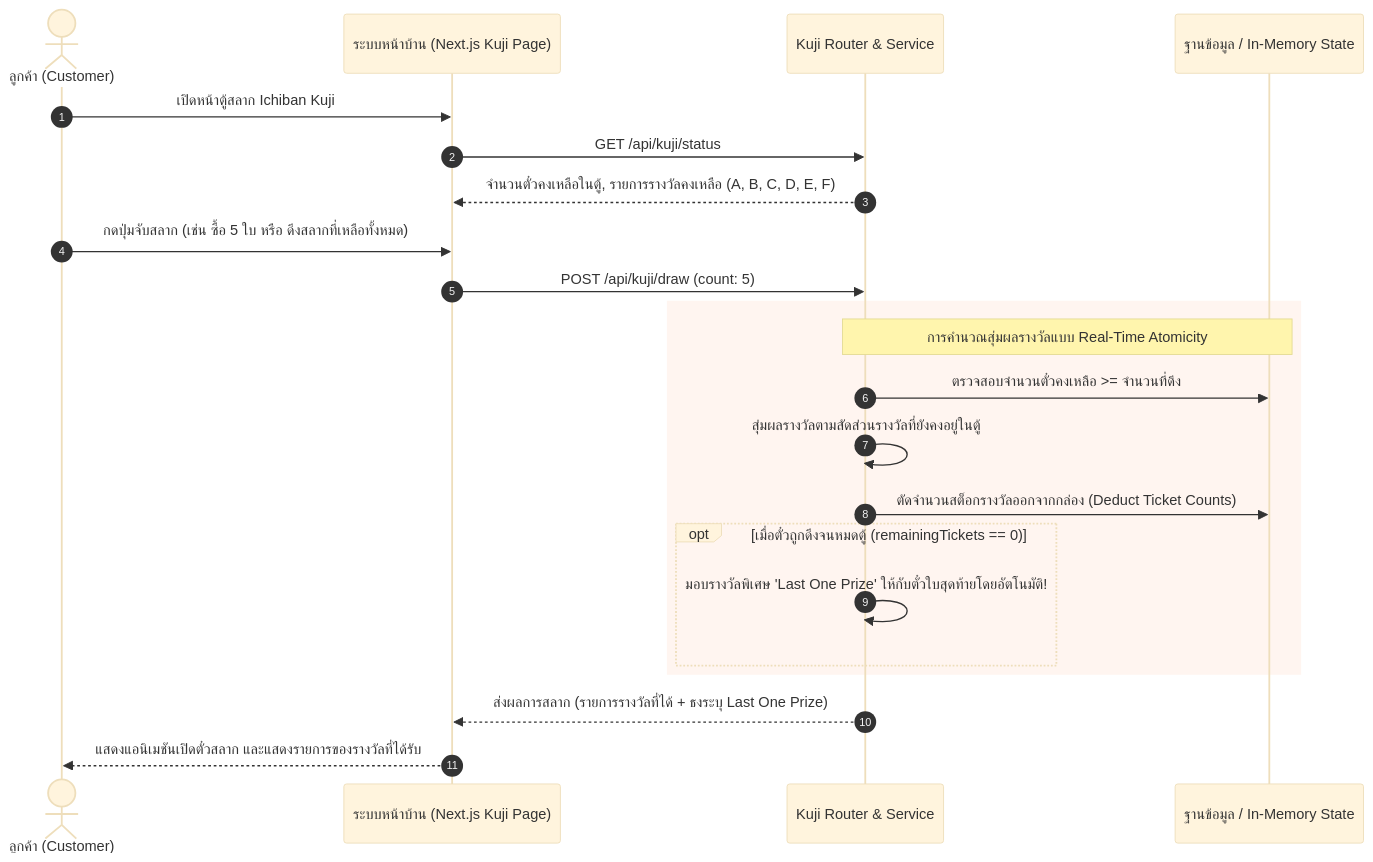
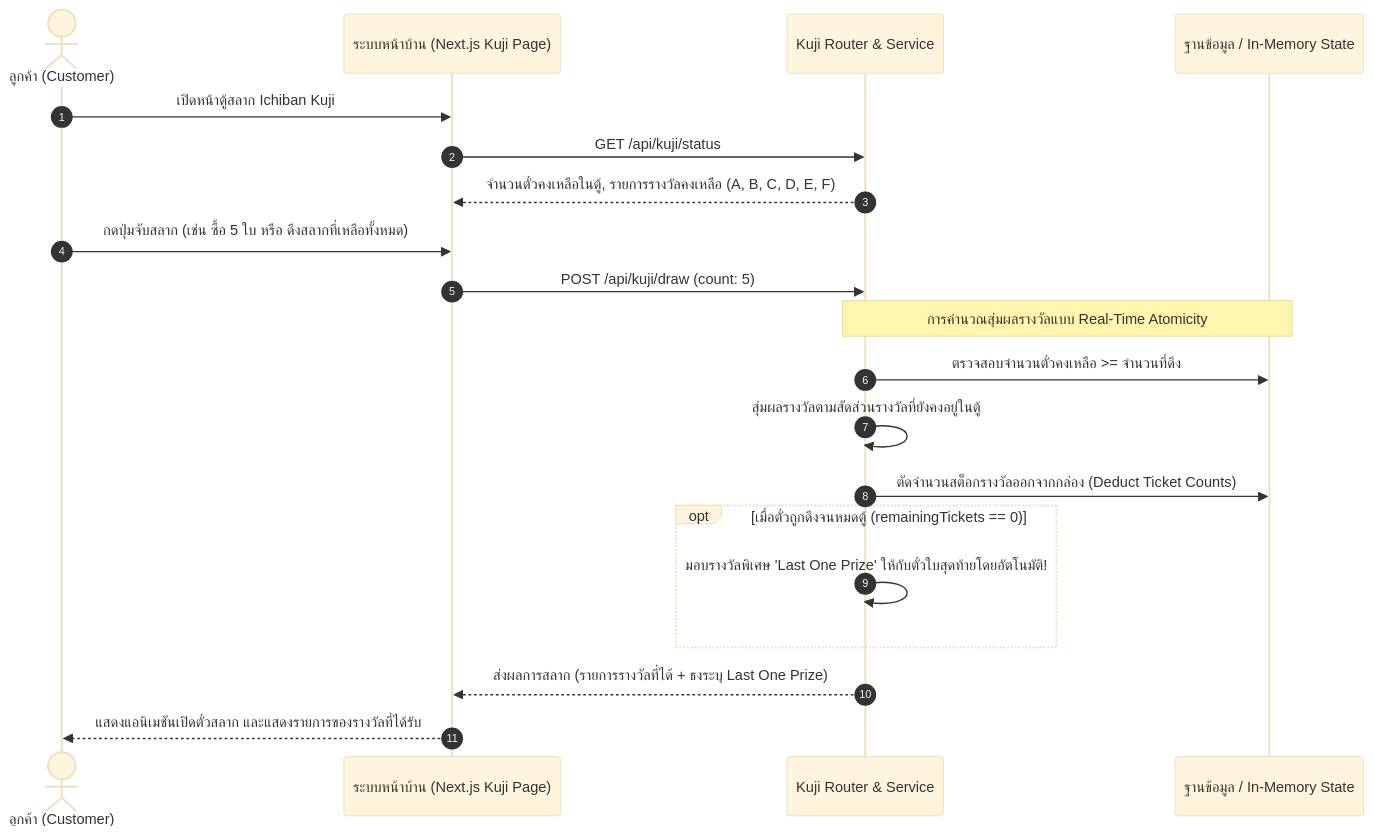
Before and after one commit to siradechsri-ux/manga-collectibles-store: the ninth of 13 diagrams in SYSTEM_ANALYSIS.md, drawn with Mermaid (base theme). The commit also changed other lines of this file and 7 other files, not shown here.

````diff
--- a/SYSTEM_ANALYSIS.md
+++ b/SYSTEM_ANALYSIS.md
@@ -903,29 +903,27 @@
 ```mermaid
 sequenceDiagram
     autonumber
     actor Customer as ลูกค้า (Customer)
     participant UI as ระบบหน้าบ้าน (Next.js Kuji Page)
     participant KujiService as Kuji Router & Service
     participant DB as ฐานข้อมูล / In-Memory State
 
     Customer->>UI: เปิดหน้าตู้สลาก Ichiban Kuji
     UI->>KujiService: GET /api/kuji/status
     KujiService-->>UI: จำนวนตั๋วคงเหลือในตู้, รายการรางวัลคงเหลือ (A, B, C, D, E, F)
     
     Customer->>UI: กดปุ่มจับสลาก (เช่น ซื้อ 5 ใบ หรือ ดึงสลากที่เหลือทั้งหมด)
     UI->>KujiService: POST /api/kuji/draw (count: 5)
     
-    rect rgb(255, 245, 240)
     Note over KujiService,DB: การคำนวณสุ่มผลรางวัลแบบ Real-Time Atomicity
     KujiService->>DB: ตรวจสอบจำนวนตั๋วคงเหลือ >= จำนวนที่ดึง
     KujiService->>KujiService: สุ่มผลรางวัลตามสัดส่วนรางวัลที่ยังคงอยู่ในตู้
     KujiService->>DB: ตัดจำนวนสต็อกรางวัลออกจากกล่อง (Deduct Ticket Counts)
     
     opt เมื่อตั๋วถูกดึงจนหมดตู้ (remainingTickets == 0)
         KujiService->>KujiService: มอบรางวัลพิเศษ 'Last One Prize' ให้กับตั๋วใบสุดท้ายโดยอัตโนมัติ!
     end
-    end
 
     KujiService-->>UI: ส่งผลการสลาก (รายการรางวัลที่ได้ + ธงระบุ Last One Prize)
     UI-->>Customer: แสดงแอนิเมชันเปิดตั๋วสลาก และแสดงรายการของรางวัลที่ได้รับ
 ```
````
